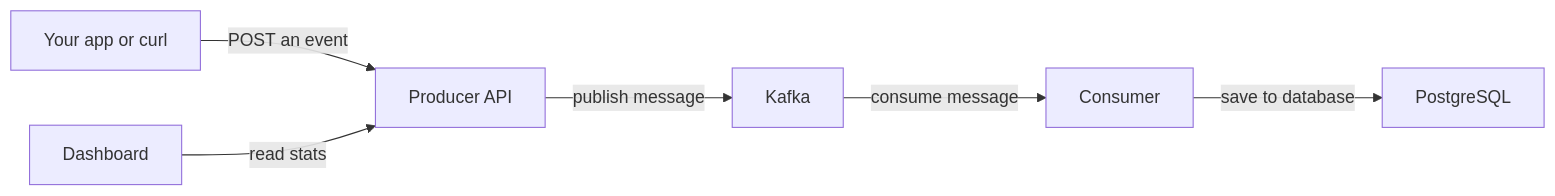
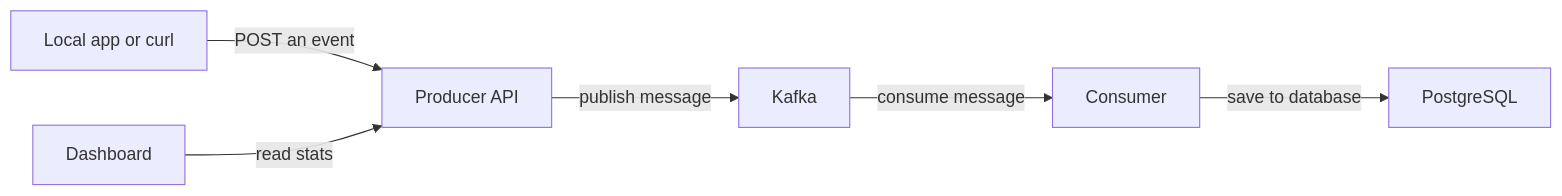
Before and after one commit to CascadingDreams/kafka-notification-pipeline: the diagram in README.md, drawn with Mermaid. The commit also changed other lines of this file and 1 other file, not shown here.

Commit message:
docs: move producer/consumer flow diagrams to TECHNICAL.md

````diff
--- a/README.md
+++ b/README.md
@@ -36,8 +36,8 @@
 ```mermaid
 flowchart LR
-    A["Your app or curl"] -->|"POST an event"| B["Producer API"]
+    A["Local app or curl"] -->|"POST an event"| B["Producer API"]
     B -->|"publish message"| C["Kafka"]
     C -->|"consume message"| D["Consumer"]
     D -->|"save to database"| E["PostgreSQL"]
     F["Dashboard"] -->|"read stats"| B
 ```
````
